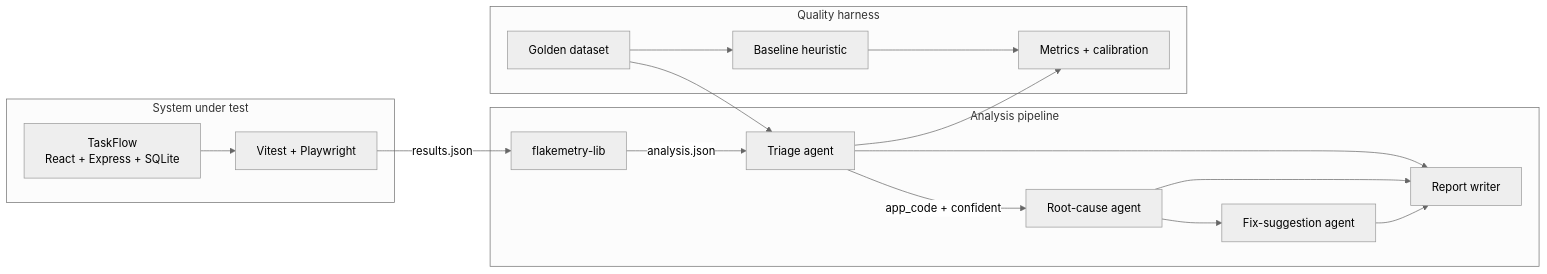
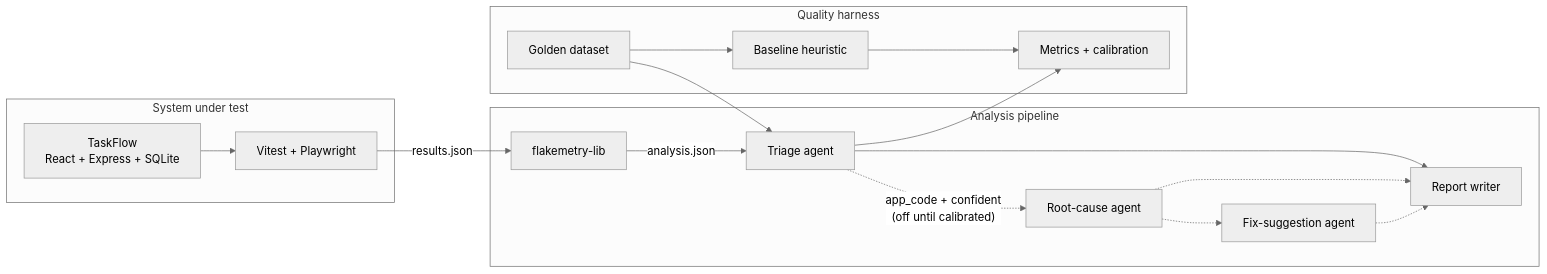
One commit to AKogut/ai-flaky-test-triage changed the diagram in docs/architecture.md. Above: the diagram before and after it, drawn with Mermaid (neutral theme). The commit also changed other lines of this file and 12 other files, not shown here.

````diff
--- a/docs/architecture.md
+++ b/docs/architecture.md
@@ -17,35 +17,35 @@
 ```mermaid
 flowchart LR
     subgraph sut["System under test"]
         APP["TaskFlow<br/>React + Express + SQLite"]
         TESTS["Vitest + Playwright"]
     end
 
     subgraph pipeline["Analysis pipeline"]
         FM["flakemetry-lib"]
         TRIAGE["Triage agent"]
         RC["Root-cause agent"]
         FIX["Fix-suggestion agent"]
         REPORT["Report writer"]
     end
 
     subgraph harness["Quality harness"]
         DATASET["Golden dataset"]
         BASELINE["Baseline heuristic"]
         METRICS["Metrics + calibration"]
     end
 
     APP --> TESTS
     TESTS -->|results.json| FM
     FM -->|analysis.json| TRIAGE
-    TRIAGE -->|app_code + confident| RC
-    RC --> FIX
+    TRIAGE -.->|"app_code + confident<br/>(off until calibrated)"| RC
+    RC -.-> FIX
     TRIAGE --> REPORT
-    RC --> REPORT
-    FIX --> REPORT
+    RC -.-> REPORT
+    FIX -.-> REPORT
 
     DATASET --> TRIAGE
     DATASET --> BASELINE
     TRIAGE --> METRICS
     BASELINE --> METRICS
 ```
````
